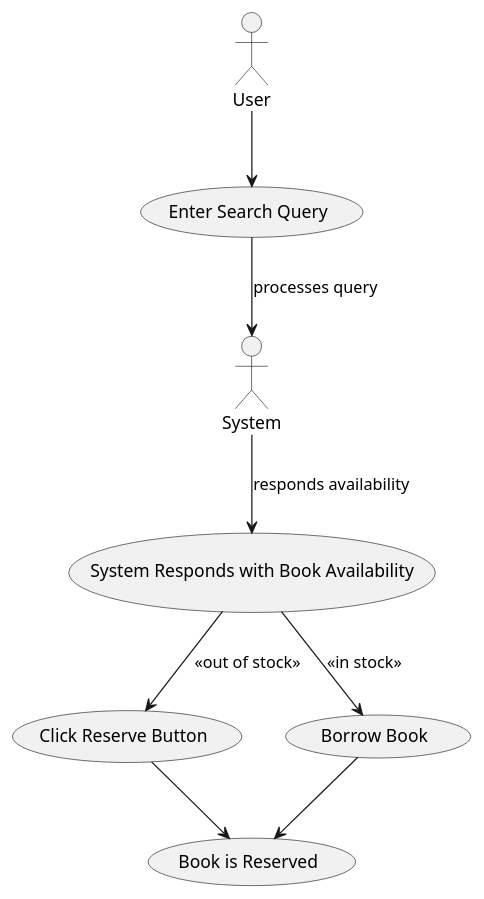
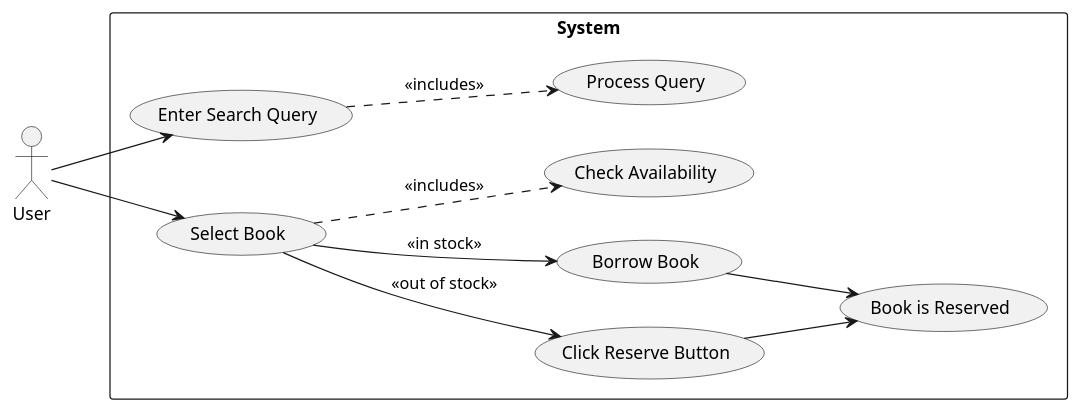
One commit to SalmaAzeem/library-system changed the diagram in diagrams/UCDs/reserve.puml. Above: the diagram before and after it, drawn with PlantUML. The commit also changed 7 other files, not shown here.

Commit message:
Refactor to add rectangle System

```diff
--- a/diagrams/UCDs/reserve.puml
+++ b/diagrams/UCDs/reserve.puml
@@ -1,20 +1,25 @@
 @startuml
+left to right direction
 actor :User:
-actor :System: as sys
 
-(Enter Search Query) as search
-(System Responds with Book Availability) as response
-(Click Reserve Button) as reserve
-(Borrow Book) as borrow
-(Book is Reserved) as reserved
+rectangle "System" {
+    (Enter Search Query) as search
+    (Select Book) as sb
+    (Click Reserve Button) as reserve
+    (Borrow Book) as borrow
+    (Book is Reserved) as reserved
+    (Process Query) as pq
+    (Check Availability) as ca
+}
 
 User --> search
-search --> sys : processes query
-sys --> response : responds availability
+search ..> pq: <<includes>>
 
-response --> reserve : <<out of stock>>
-response --> borrow : <<in stock>>
+User --> sb
+sb --> reserve : <<out of stock>>
+sb --> borrow : <<in stock>>
+sb ..> ca : <<includes>>
 
 reserve --> reserved
 borrow --> reserved
 @enduml
```
